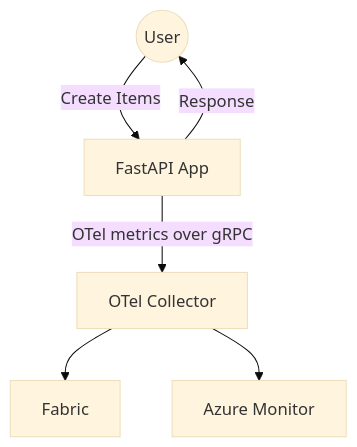
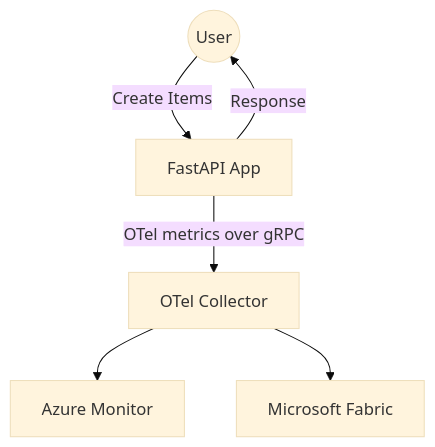
Before and after one commit to syedhassaanahmed/otel-to-fabric: the diagram in README.md, drawn with Mermaid (base theme). The commit also changed other lines of this file and 3 other files, not shown here.

````diff
--- a/README.md
+++ b/README.md
@@ -5,8 +5,8 @@
 ```mermaid
 flowchart TD
     User((User)) -->|"Create Items"| FastAPI[FastAPI App]
     FastAPI -->|"Response"| User
     FastAPI -->|"OTel metrics over gRPC"| Collector[OTel Collector]
-    Collector --> Fabric
     Collector --> AzMon[Azure Monitor]
+    Collector --> Fabric[Microsoft Fabric]
 ```
````
